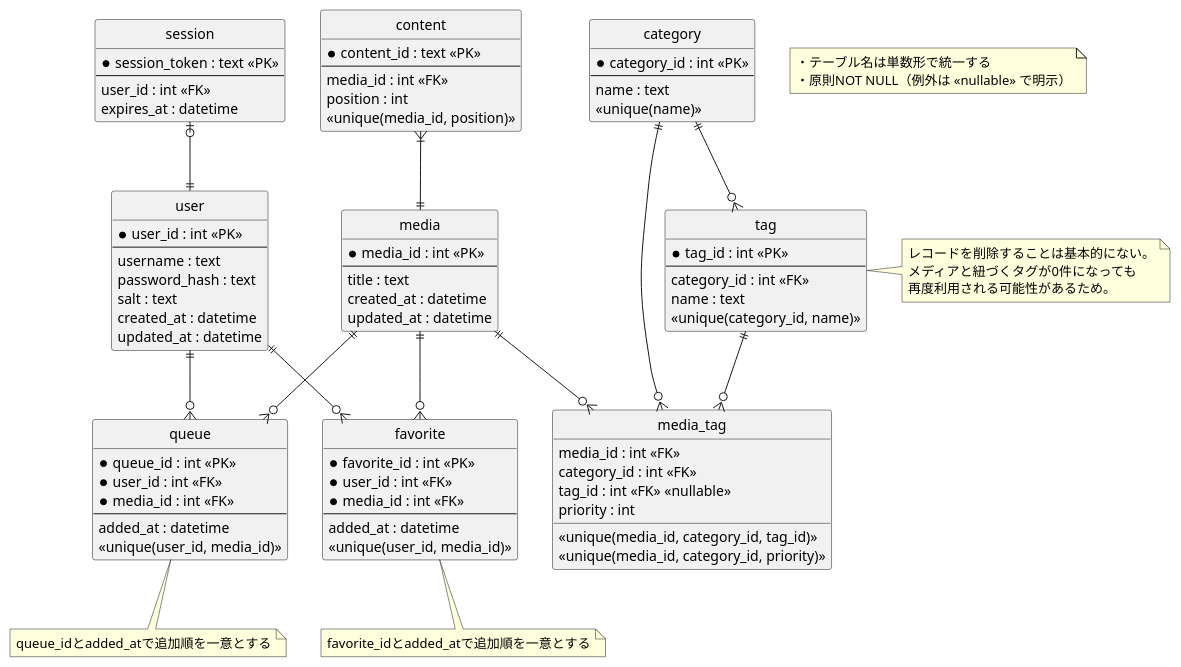
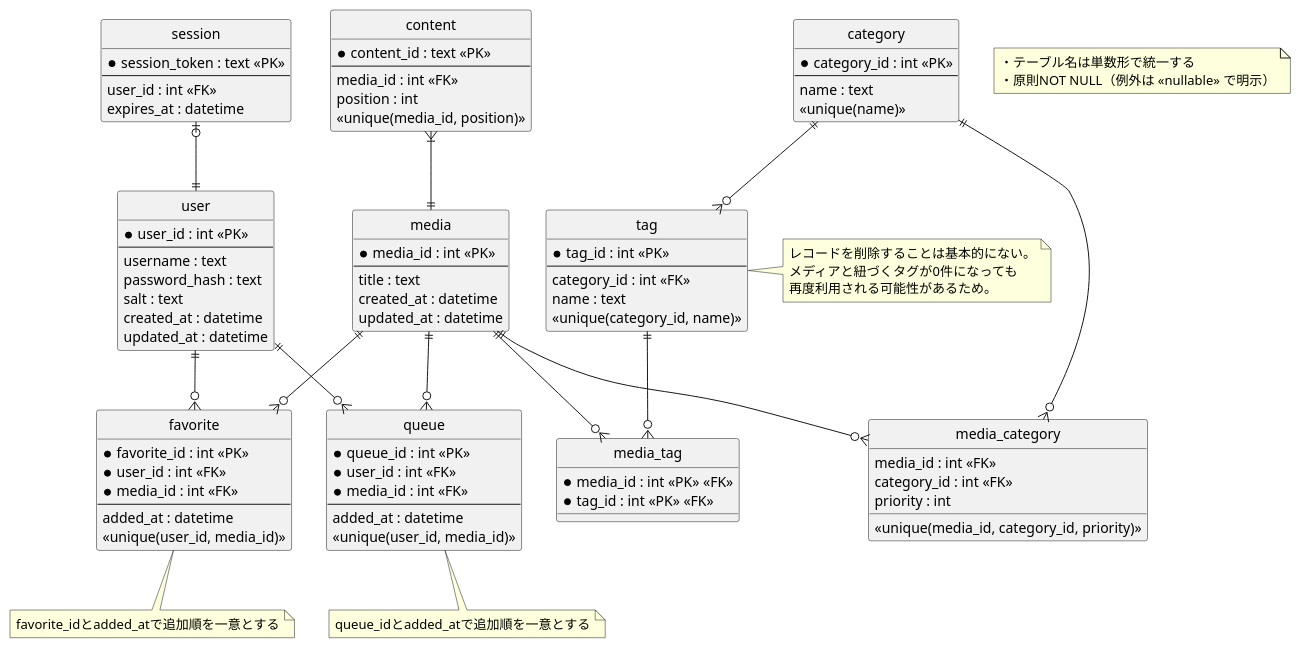
Before and after one commit to hachimitu22/MangaViewer: the diagram in doc/7_infrastructure/database/er.puml, drawn with PlantUML. The commit also changed 4 other files, not shown here.

```diff
--- a/doc/7_infrastructure/database/er.puml
+++ b/doc/7_infrastructure/database/er.puml
@@ -1,102 +1,106 @@
 @startuml
 
 hide circle
 
 note as G1
   ・テーブル名は単数形で統一する
   ・原則NOT NULL（例外は <<nullable>> で明示）
 end note
 
 entity session {
   *session_token : text <<PK>>
   --
   user_id : int <<FK>>
   expires_at : datetime
 }
 
 entity user {
   *user_id : int <<PK>>
   --
   username : text
   password_hash : text
   salt : text
   created_at : datetime
   updated_at : datetime
 }
 
 entity media {
   *media_id : int <<PK>>
   --
   title : text
   created_at : datetime
   updated_at : datetime
 }
 
 entity content {
   *content_id : text <<PK>>
   --
   media_id : int <<FK>>
   position : int
   <<unique(media_id, position)>>
 }
 
 entity favorite {
   *favorite_id : int <<PK>>
   *user_id : int <<FK>>
   *media_id : int <<FK>>
   --
   added_at : datetime
   <<unique(user_id, media_id)>>
 }
 note bottom: favorite_idとadded_atで追加順を一意とする
 
 entity queue {
   *queue_id : int <<PK>>
   *user_id : int <<FK>>
   *media_id : int <<FK>>
   --
   added_at : datetime
   <<unique(user_id, media_id)>>
 }
 note bottom: queue_idとadded_atで追加順を一意とする
 
 entity category {
   *category_id : int <<PK>>
   --
   name : text
   <<unique(name)>>
 }
 
 entity tag {
   *tag_id : int <<PK>>
   --
   category_id : int <<FK>>
   name : text
   <<unique(category_id, name)>>
 }
 note right
   レコードを削除することは基本的にない。
   メディアと紐づくタグが0件になっても
   再度利用される可能性があるため。
 end note
 
 entity media_tag {
+  *media_id : int <<PK>> <<FK>>
+  *tag_id : int <<PK>> <<FK>>
+}
+
+entity media_category {
   media_id : int <<FK>>
   category_id : int <<FK>>
-  tag_id : int <<FK>> <<nullable>>
   priority : int
-  <<unique(media_id, category_id, tag_id)>>
   <<unique(media_id, category_id, priority)>>
 }
 
 session |o--|| user
 user ||--o{ favorite
 user ||--o{ queue
 media ||-u-|{ content
 media ||--o{ favorite
 media ||--o{ queue
 media ||--o{ media_tag
+media ||--o{ media_category
 tag ||--o{ media_tag
-category ||--o{ media_tag
+category ||--o{ media_category
 category ||--o{ tag
 @enduml
```
